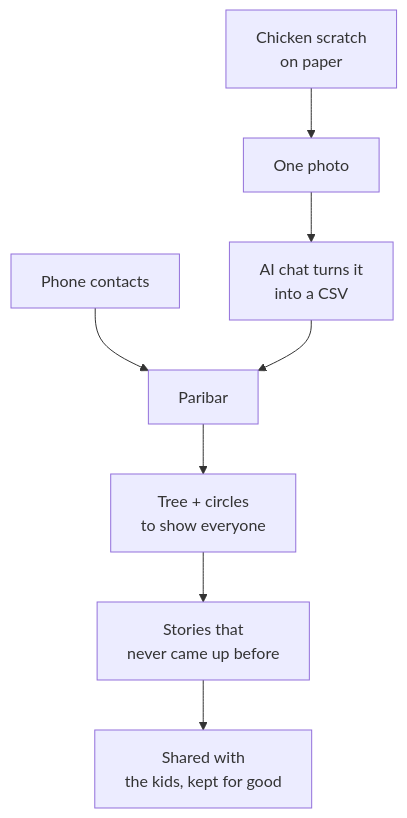
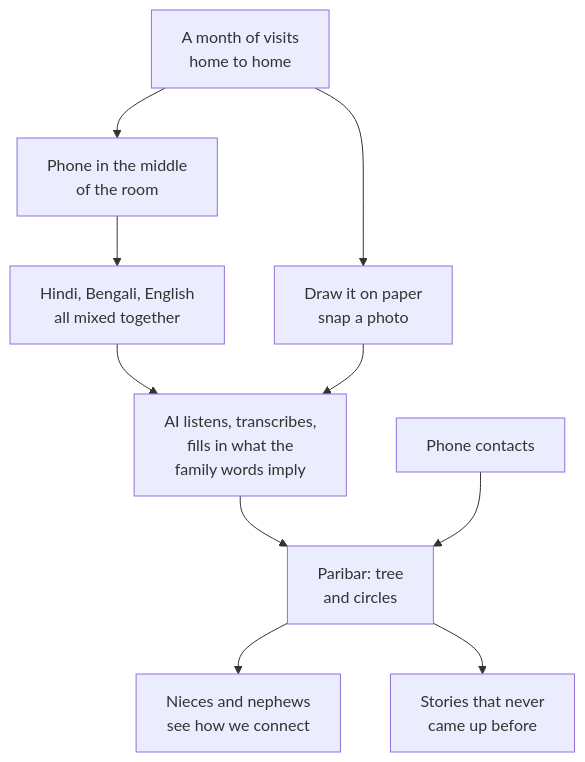
Before and after one commit to akaseahawk/paribar-family-tree: the first of 6 diagrams in README.md, drawn with Mermaid. The commit also changed other lines of this file and 8 other files, not shown here.

````diff
--- a/README.md
+++ b/README.md
@@ -15,10 +15,12 @@
 ```mermaid
 flowchart TD
-  A["Chicken scratch<br/>on paper"] --> B["One photo"]
-  B --> C["AI chat turns it<br/>into a CSV"]
-  D["Phone contacts"] --> E["Paribar"]
-  C --> E
-  E --> F["Tree + circles<br/>to show everyone"]
-  F --> G["Stories that<br/>never came up before"]
-  G --> H["Shared with<br/>the kids, kept for good"]
+  A["A month of visits<br/>home to home"] --> B["Draw it on paper<br/>snap a photo"]
+  A --> C["Phone in the middle<br/>of the room"]
+  C --> D["Hindi, Bengali, English<br/>all mixed together"]
+  D --> E["AI listens, transcribes,<br/>fills in what the<br/>family words imply"]
+  B --> E
+  E --> F["Paribar: tree<br/>and circles"]
+  G["Phone contacts"] --> F
+  F --> H["Nieces and nephews<br/>see how we connect"]
+  F --> I["Stories that never<br/>came up before"]
 ```
````
